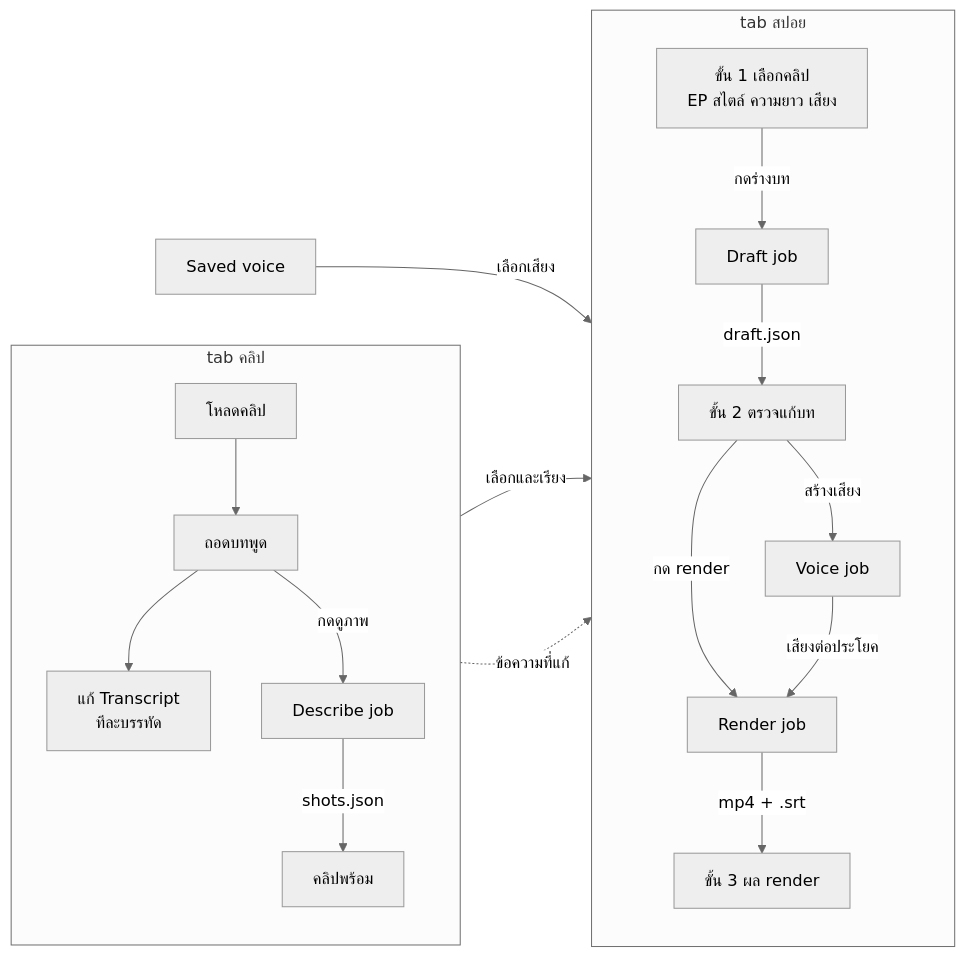
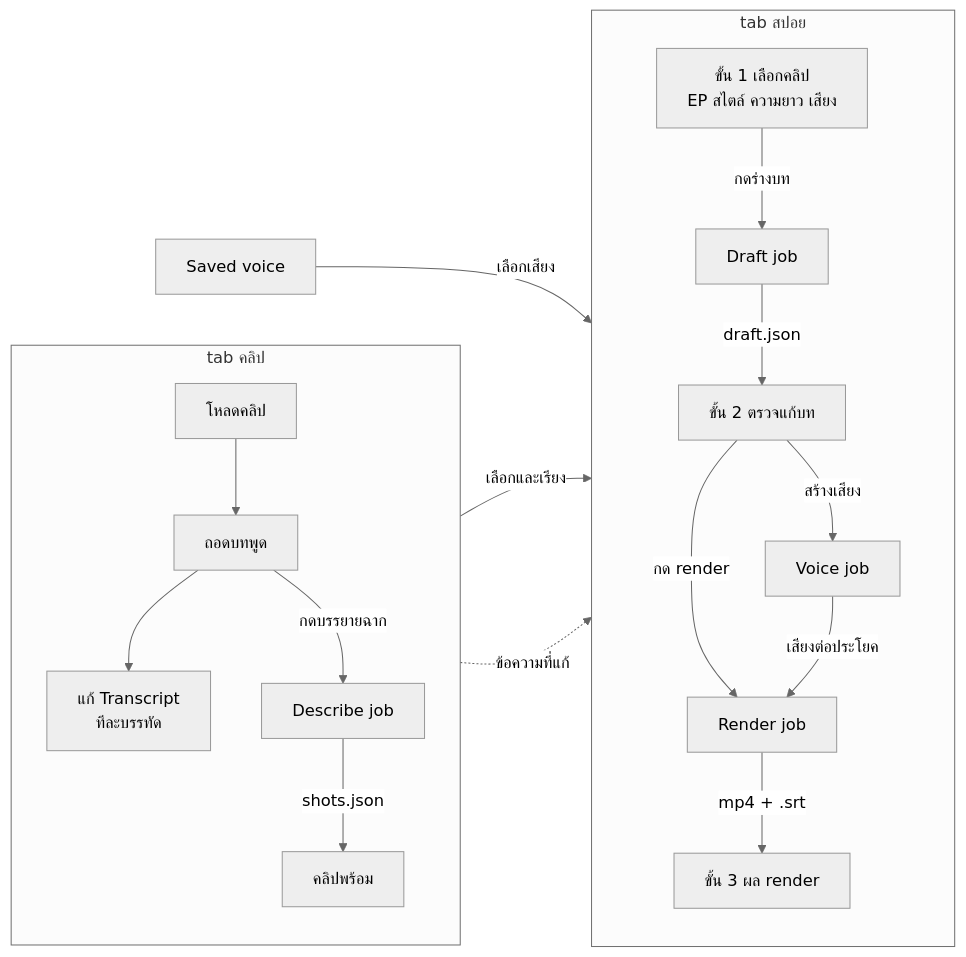
Before and after one commit to mousemouse094526/framecraft: the first of 5 diagrams in docs/features/spoil-maker/flow.md, drawn with Mermaid (neutral theme). The commit also changed other lines of this file and 15 other files, not shown here.

````diff
--- a/docs/features/spoil-maker/flow.md
+++ b/docs/features/spoil-maker/flow.md
@@ -14,22 +14,22 @@
 ```mermaid
 flowchart LR
     subgraph clips["tab คลิป"]
         direction TB
         dl["โหลดคลิป"] --> tr["ถอดบทพูด"]
         tr --> edit["แก้ Transcript<br/>ทีละบรรทัด"]
-        tr -->|กดดูภาพ| describe["Describe job"]
+        tr -->|กดบรรยายฉาก| describe["Describe job"]
         describe -->|shots.json| ready["คลิปพร้อม"]
     end
     subgraph spoil["tab สปอย"]
         direction TB
         setup["ขั้น 1 เลือกคลิป<br/>EP สไตล์ ความยาว เสียง"] -->|กดร่างบท| draftjob["Draft job"]
         draftjob -->|draft.json| review["ขั้น 2 ตรวจแก้บท"]
         review -->|สร้างเสียง| voicejob["Voice job"]
         review -->|กด render| render["Render job"]
         voicejob -->|เสียงต่อประโยค| render
         render -->|mp4 + .srt| renders["ขั้น 3 ผล render"]
     end
     ready -->|เลือกและเรียง| setup
     edit -.->|ข้อความที่แก้| setup
     voice["Saved voice"] -->|เลือกเสียง| setup
 ```
````
